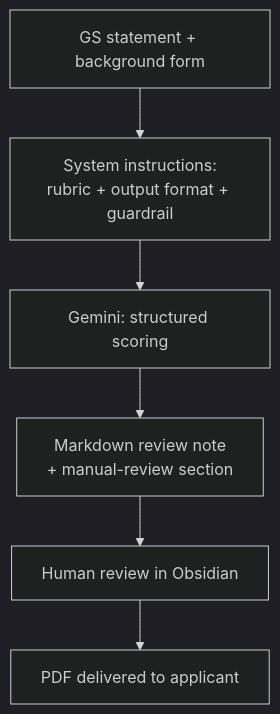
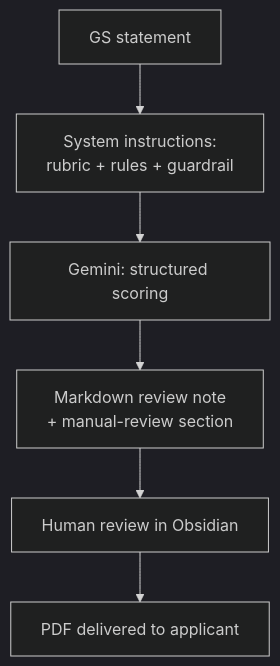
Before and after one commit to Marcusma0411/visa500-gs-statement-review-agent: the diagram in README.md, drawn with Mermaid (dark theme). The commit also changed other lines of this file, not shown here.

````diff
--- a/README.md
+++ b/README.md
@@ -68,8 +64,8 @@
 ```mermaid
 flowchart TD
-    A[GS statement + background form] --> B[System instructions:<br/>rubric + output format + guardrail]
+    A[GS statement] --> B[System instructions:<br/>rubric + rules + guardrail]
     B --> C[Gemini: structured scoring]
     C --> D[Markdown review note<br/>+ manual-review section]
     D --> E[Human review in Obsidian]
     E --> F[PDF delivered to applicant]
 ```
````
